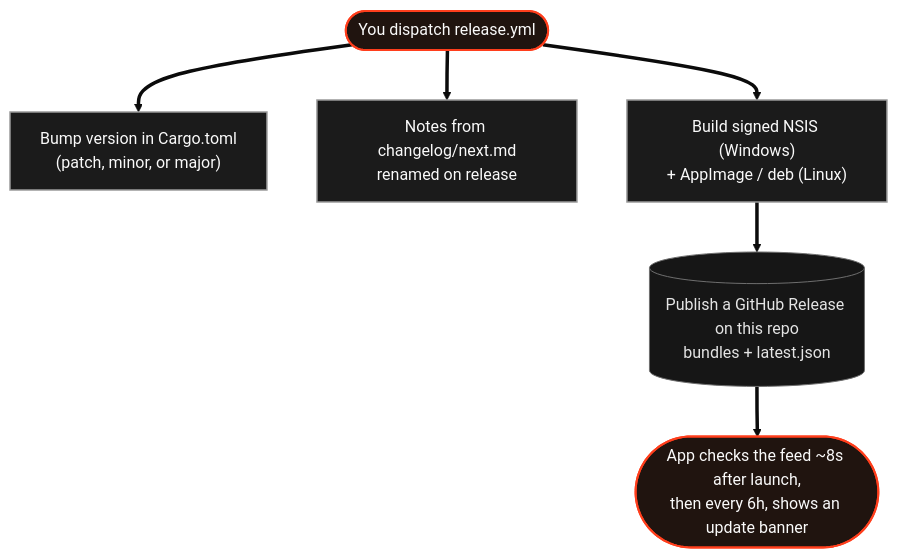
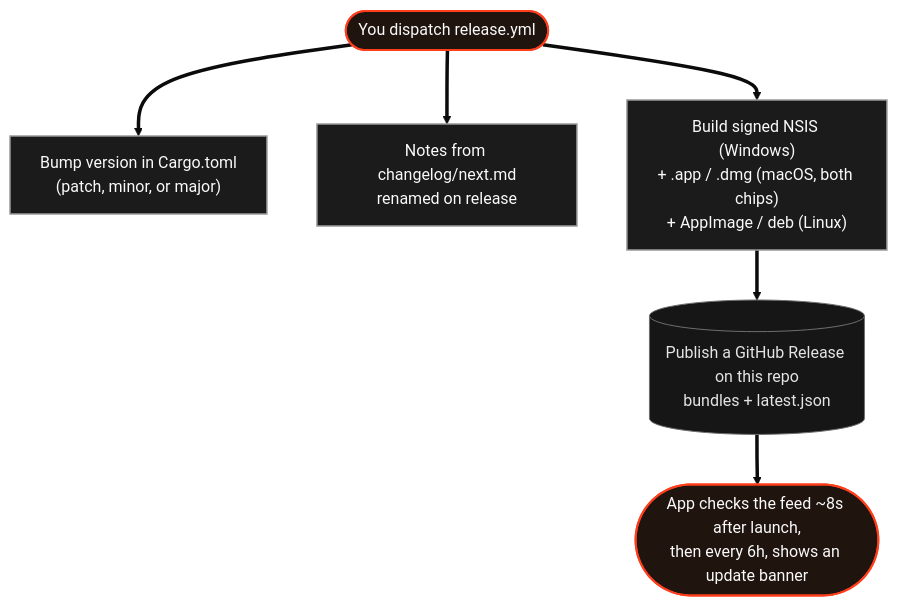
Before and after one commit to NotRover/RoverTools-Orange-Copy-Paste-App: the diagram in docs/releasing.md, drawn with Mermaid (base theme). The commit also changed other lines of this file and 32 other files, not shown here.

First line of the commit message:
feat(platform): run on macOS and finish the Linux clipboard

````diff
--- a/docs/releasing.md
+++ b/docs/releasing.md
@@ -37,14 +37,14 @@
 ```mermaid
 flowchart TB
     dispatch(["You dispatch release.yml"]):::start
     dispatch ==> bump["Bump version in Cargo.toml<br/>(patch, minor, or major)"]:::step
     dispatch ==> notes["Notes from changelog/next.md<br/>renamed on release"]:::step
-    dispatch ==> build["Build signed NSIS (Windows)<br/>+ AppImage / deb (Linux)"]:::step
+    dispatch ==> build["Build signed NSIS (Windows)<br/>+ .app / .dmg (macOS, both chips)<br/>+ AppImage / deb (Linux)"]:::step
     build ==> publish[("Publish a GitHub Release on this repo<br/>bundles + latest.json")]:::store
     publish ==> banner(["App checks the feed ~8s after launch,<br/>then every 6h, shows an update banner"]):::out
 
     classDef start fill:#20140f,stroke:#ff3e1c,stroke-width:2px,color:#fafafa
     classDef step fill:#1b1b1b,stroke:#9a9a9a,stroke-width:1.5px,color:#fafafa
     classDef store fill:#161616,stroke:#6f6f6f,color:#e4e4e4
     classDef out fill:#20140f,stroke:#ff3e1c,stroke-width:2px,color:#fafafa
 ```
````
